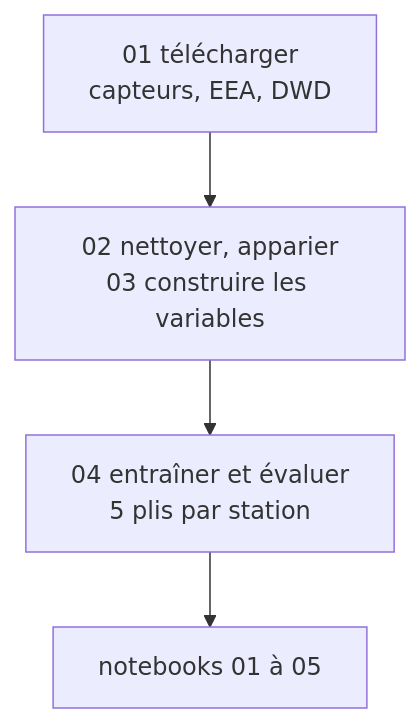
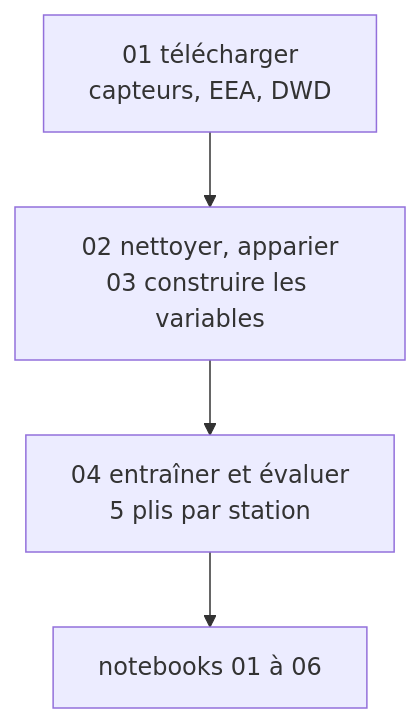
Before and after one commit to lwdata75/air-calib: the diagram in README.md, drawn with Mermaid. The commit also changed other lines of this file and 9 other files, not shown here.

````diff
--- a/README.md
+++ b/README.md
@@ -41,6 +43,6 @@
 ```mermaid
 flowchart TD
     A["01 télécharger<br/>capteurs, EEA, DWD"] --> B["02 nettoyer, apparier<br/>03 construire les variables"]
     B --> C["04 entraîner et évaluer<br/>5 plis par station"]
-    C --> D["notebooks 01 à 05"]
+    C --> D["notebooks 01 à 06"]
 ```
````
